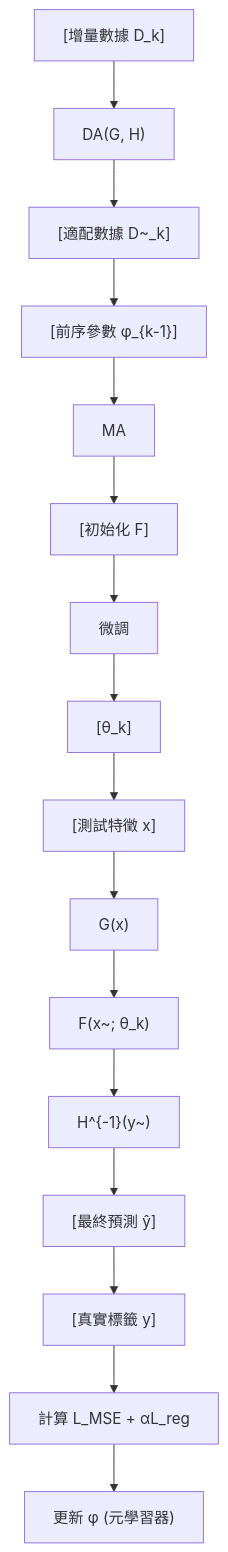
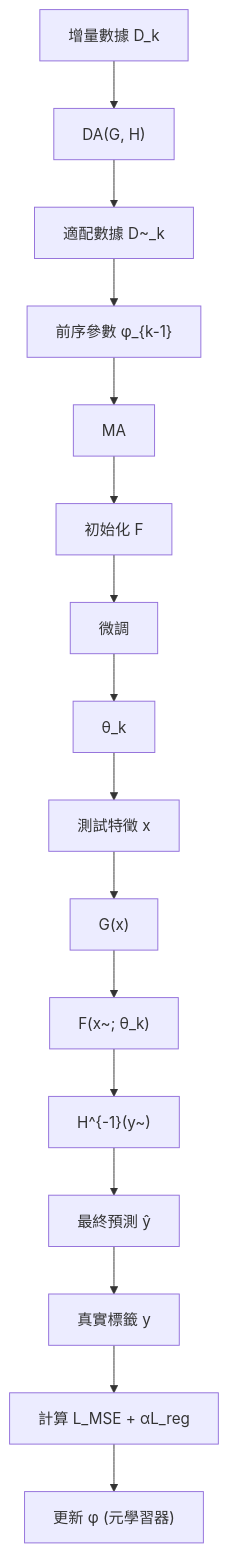
The diagram in foundations/time-series-forecasting/doubleadapt.md (sou350121/Trading-Handbook), drawn with Mermaid before and after one commit. The commit also changed other lines of this file and 191 other files, not shown here.

First line of the commit message:
render: fix math + mermaid for GitHub across the corpus (188 pages)

````diff
--- a/foundations/time-series-forecasting/doubleadapt.md
+++ b/foundations/time-series-forecasting/doubleadapt.md
@@ -32,18 +32,18 @@
 ```mermaid
 flowchart TD
-    N1["[增量數據 D_k]"] --> N2["DA(G, H)"]
-    N2["DA(G, H)"] --> N3["[適配數據 D~_k]"]
-    N3["[適配數據 D~_k]"] --> N4["[前序參數 φ_{k-1}]"]
-    N4["[前序參數 φ_{k-1}]"] --> N5["MA"]
-    N5["MA"] --> N6["[初始化 F]"]
-    N6["[初始化 F]"] --> N7["微調"]
-    N7["微調"] --> N8["[θ_k]"]
-    N8["[θ_k]"] --> N9["[測試特徵 x]"]
-    N9["[測試特徵 x]"] --> N10["G(x)"]
+    N1["增量數據 D_k"] --> N2["DA(G, H)"]
+    N2["DA(G, H)"] --> N3["適配數據 D~_k"]
+    N3["適配數據 D~_k"] --> N4["前序參數 φ_{k-1}"]
+    N4["前序參數 φ_{k-1}"] --> N5["MA"]
+    N5["MA"] --> N6["初始化 F"]
+    N6["初始化 F"] --> N7["微調"]
+    N7["微調"] --> N8["θ_k"]
+    N8["θ_k"] --> N9["測試特徵 x"]
+    N9["測試特徵 x"] --> N10["G(x)"]
     N10["G(x)"] --> N11["F(x~; θ_k)"]
     N11["F(x~; θ_k)"] --> N12["H^{-1}(y~)"]
-    N12["H^{-1}(y~)"] --> N13["[最終預測 ŷ]"]
-    N13["[最終預測 ŷ]"] --> N14["[真實標籤 y]"]
-    N14["[真實標籤 y]"] --> N15["計算 L_MSE + αL_reg"]
+    N12["H^{-1}(y~)"] --> N13["最終預測 ŷ"]
+    N13["最終預測 ŷ"] --> N14["真實標籤 y"]
+    N14["真實標籤 y"] --> N15["計算 L_MSE + αL_reg"]
     N15["計算 L_MSE + αL_reg"] --> N16["更新 φ (元學習器)"]
 ```
````
